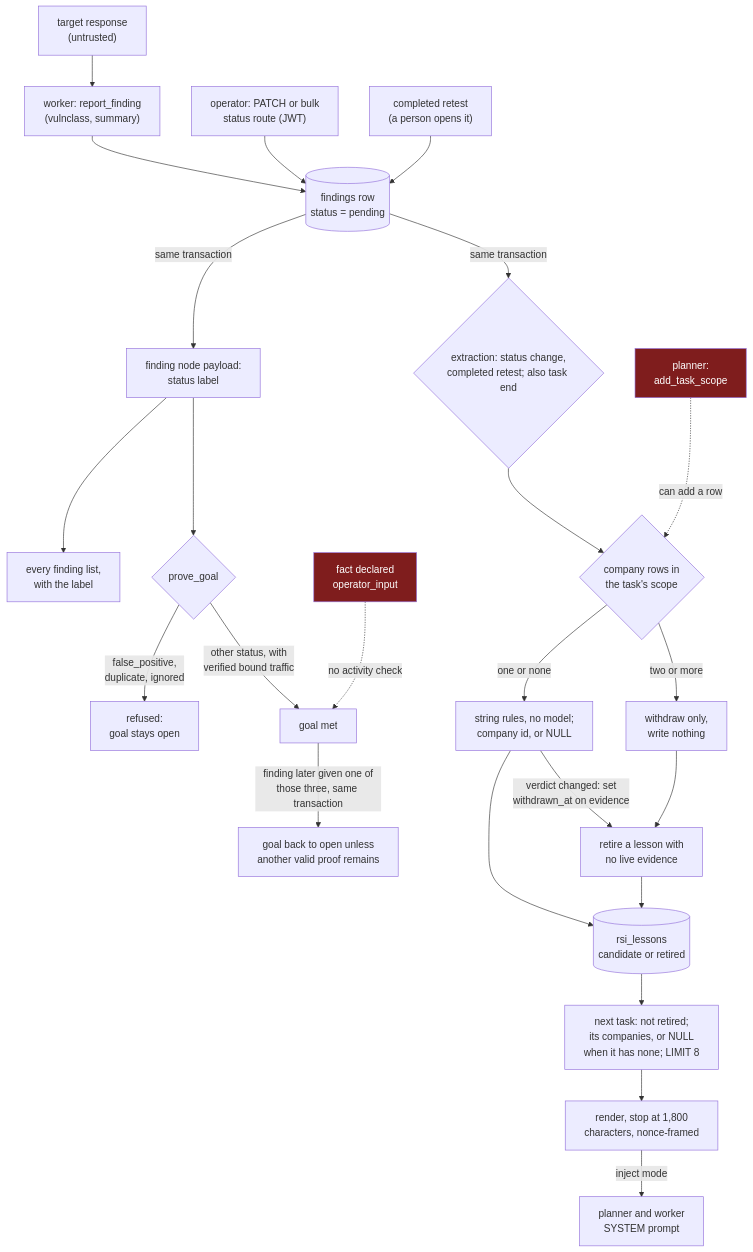
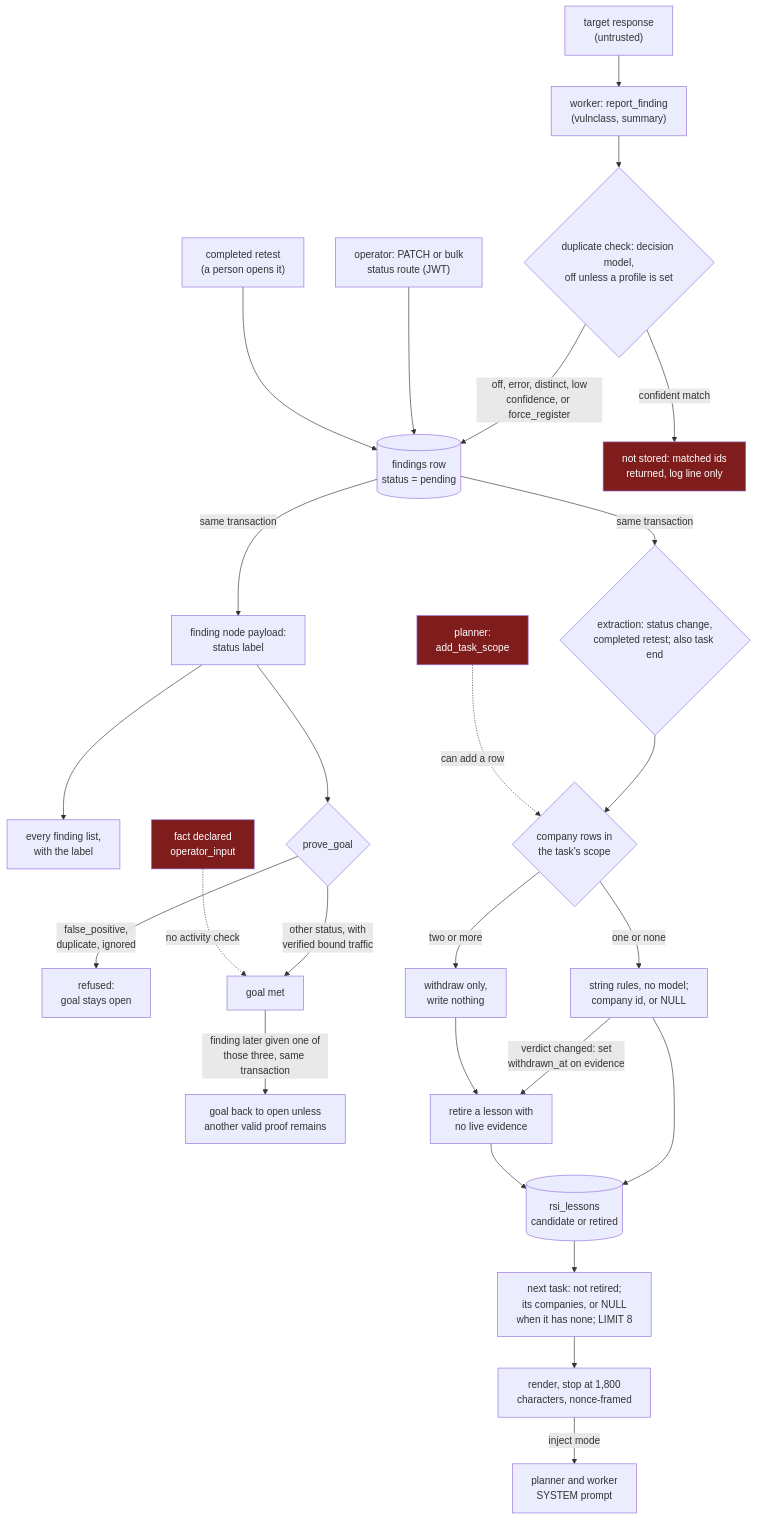
One commit to neoneye/agent-memory-atlas changed the diagram in content/systems/artex.md. Above: the diagram before and after it, drawn with Mermaid. The commit also changed other lines of this file and 14 other files, not shown here.

````diff
--- a/content/systems/artex.md
+++ b/content/systems/artex.md
@@ -106,29 +114,32 @@
 ```mermaid
-%% caption: a finding's disposition is copied onto the node agents read, refused as goal proof when false positive, and gates which lesson a string rule builds; a changed disposition, in one transaction, reopens a goal the finding had proved, marks the lesson's evidence withdrawn and retires the lesson at zero live rows; the selection serves unretired lessons of the task's companies, or company-less lessons to a company-less task, inside a nonce frame
+%% caption: an optional decision-model check can drop a reported finding as a duplicate before it is stored; a finding's disposition is copied onto the node agents read, refused as goal proof when false positive, and gates which lesson a string rule builds; a changed disposition, in one transaction, reopens a goal the finding had proved, marks the lesson's evidence withdrawn and retires the lesson at zero live rows; the selection serves unretired lessons of the task's companies, or company-less lessons to a company-less task, inside a nonce frame
 flowchart TD
     T["target response<br/>(untrusted)"] --> W["worker: report_finding<br/>(vulnclass, summary)"]
-    W --> F[("findings row<br/>status = pending")]
+    W --> DUP{"duplicate check: decision model,<br/>off unless a profile is set"}
+    DUP -->|"off, error, distinct, low<br/>confidence, or force_register"| F[("findings row<br/>status = pending")]
+    DUP -->|"confident match"| DROP["not stored: matched ids<br/>returned, log line only"]
     OP["operator: PATCH or bulk<br/>status route (JWT)"] --> F
     RT["completed retest<br/>(a person opens it)"] --> F
     F -->|"same transaction"| N["finding node payload:<br/>status label"]
     N --> LF["every finding list,<br/>with the label"]
     N --> PG{"prove_goal"}
     PG -->|"false_positive,<br/>duplicate, ignored"| REF["refused:<br/>goal stays open"]
     PG -->|"other status, with<br/>verified bound traffic"| MET["goal met"]
     MET -->|"finding later given one of<br/>those three, same transaction"| RO2["goal back to open unless<br/>another valid proof remains"]
     FA["fact declared<br/>operator_input"] -.->|"no activity check"| MET
     F -->|"same transaction"| X{"extraction: status change,<br/>completed retest; also task end"}
     X --> MC{"company rows in<br/>the task's scope"}
     PL["planner:<br/>add_task_scope"] -.->|"can add a row"| MC
     MC -->|"two or more"| RO["withdraw only,<br/>write nothing"]
     MC -->|"one or none"| EX["string rules, no model;<br/>company id, or NULL"]
     EX --> L[("rsi_lessons<br/>candidate or retired")]
     EX -->|"verdict changed: set<br/>withdrawn_at on evidence"| RET["retire a lesson with<br/>no live evidence"]
     RO --> RET
     RET --> L
     L --> SEL["next task: not retired;<br/>its companies, or NULL<br/>when it has none; LIMIT 8"]
     SEL --> R["render, stop at 1,800<br/>characters, nonce-framed"]
     R -->|"inject mode"| SYS["planner and worker<br/>SYSTEM prompt"]
     style FA fill:#7f1d1d,color:#fff
     style PL fill:#7f1d1d,color:#fff
+    style DROP fill:#7f1d1d,color:#fff
 ```
````
